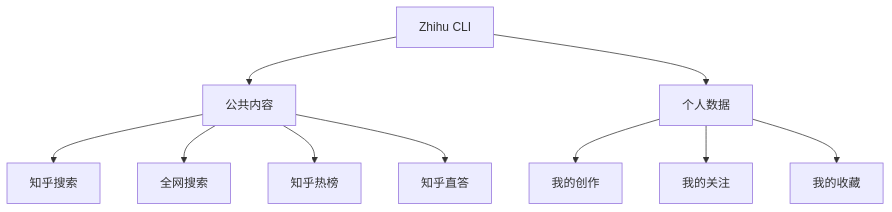
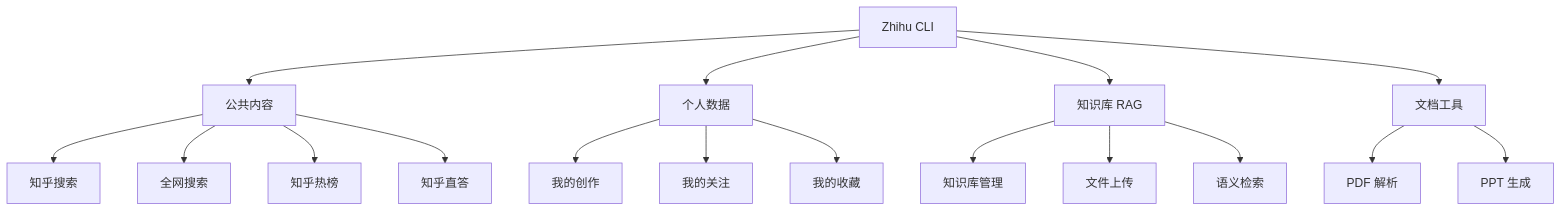
The diagram in doc/bundles/jishu/ai/ai-agent/zhihu-cli/index.md (awesome-flexloop/awesome-okf), drawn with Mermaid before and after one commit. The commit also changed other lines of this file and 8 other files, not shown here.

````diff
--- a/doc/bundles/jishu/ai/ai-agent/zhihu-cli/index.md
+++ b/doc/bundles/jishu/ai/ai-agent/zhihu-cli/index.md
@@ -37,12 +38,19 @@
 ```mermaid
 graph TD
     A[Zhihu CLI] --> B[公共内容]
     A --> C[个人数据]
+    A --> D[知识库 RAG]
+    A --> E[文档工具]
     B --> B1[知乎搜索]
     B --> B2[全网搜索]
     B --> B3[知乎热榜]
     B --> B4[知乎直答]
     C --> C1[我的创作]
     C --> C2[我的关注]
     C --> C3[我的收藏]
+    D --> D1[知识库管理]
+    D --> D2[文件上传]
+    D --> D3[语义检索]
+    E --> E1[PDF 解析]
+    E --> E2[PPT 生成]
 ```
````
